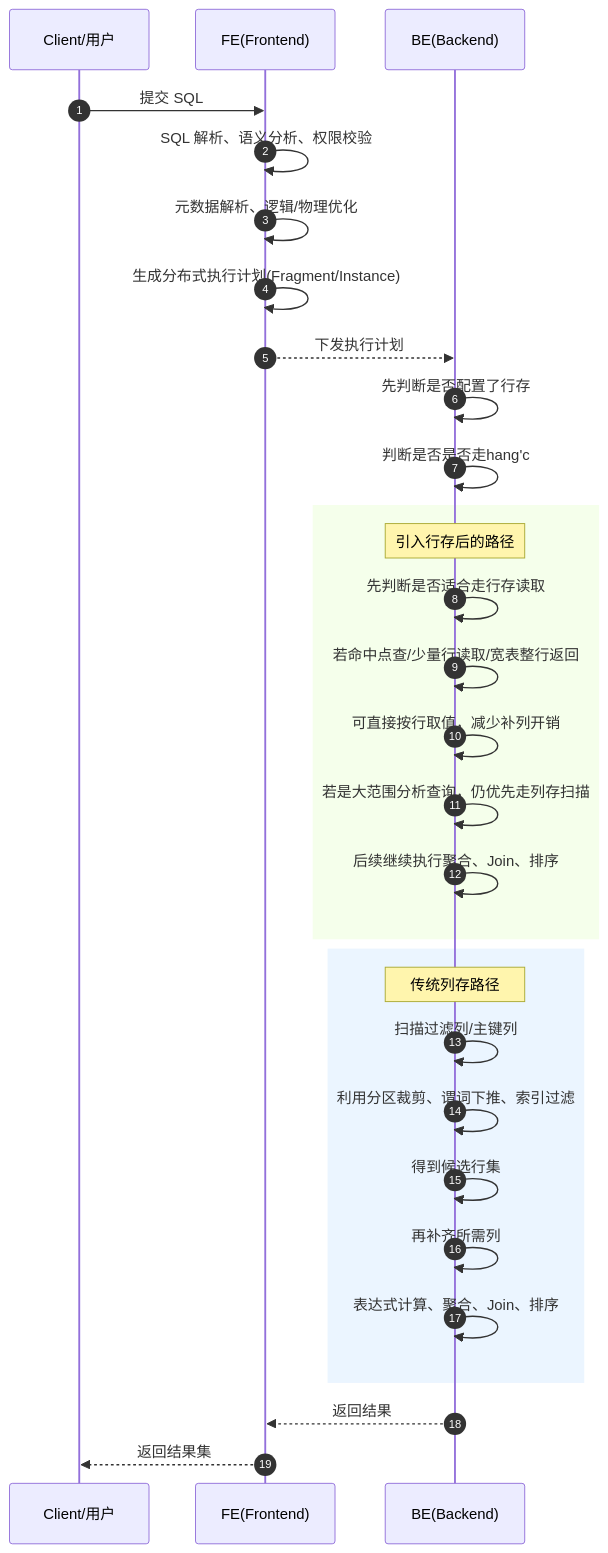
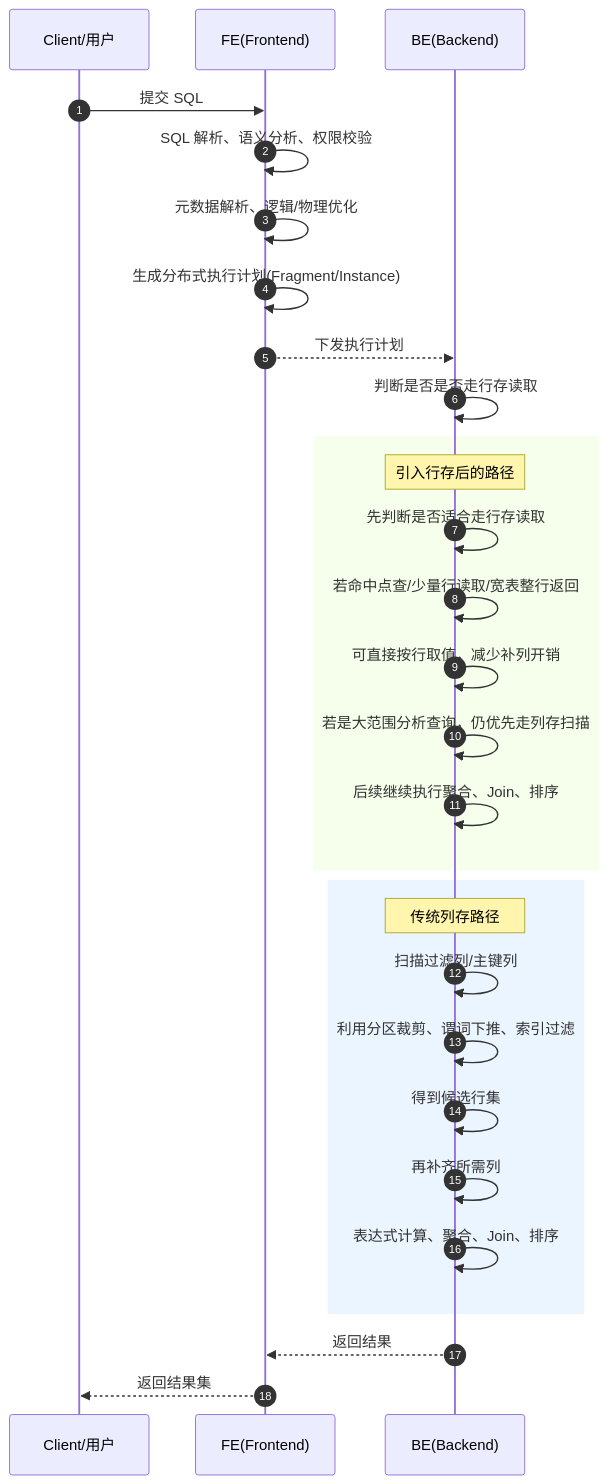
The diagram in all/未命名-4.md (HY-10-8/iodraw-files), drawn with Mermaid before and after one commit.

Commit message:
2026-04-22 17:38:30 update

````diff
--- a/all/未命名-4.md
+++ b/all/未命名-4.md
@@ -1,49 +1,49 @@
 ```mermaid
 sequenceDiagram
     autonumber
 
     participant Client as Client/用户
     participant FE as FE(Frontend)
     participant BE as BE(Backend)
     
     Client->>FE: 提交 SQL
     FE->>FE: SQL 解析、语义分析、权限校验
     FE->>FE: 元数据解析、逻辑/物理优化
     FE->>FE: 生成分布式执行计划(Fragment/Instance)
     FE-->>BE: 下发执行计划
 
-    BE->>BE: 先判断是否配置了行存
-    BE->>BE: 判断是否是否走hang'c
+    BE->>BE: 判断是否是否走行存读取
+    
 
 
     rect rgb(245,255,235)
         Note over BE: 引入行存后的路径
         BE->>BE: 先判断是否适合走行存读取
         BE->>BE: 若命中点查/少量行读取/宽表整行返回
         BE->>BE: 可直接按行取值，减少补列开销
         BE->>BE: 若是大范围分析查询，仍优先走列存扫描
         BE->>BE: 后续继续执行聚合、Join、排序
     end
 
 
     rect rgb(235,245,255)
         Note over BE: 传统列存路径
         BE->>BE: 扫描过滤列/主键列
         BE->>BE: 利用分区裁剪、谓词下推、索引过滤
         BE->>BE: 得到候选行集
         BE->>BE: 再补齐所需列
         BE->>BE: 表达式计算、聚合、Join、排序
     end
 
     BE-->>FE: 返回结果
     FE-->>Client: 返回结果集
 
 
 
 
 
 
 
 
 
 ```
````
